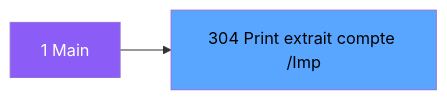
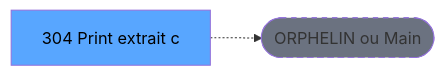
One commit to thonyAGP/lecteur-magic changed the second of 3 diagrams in .openspec/specs/ADH-IDE-304.md. Above: the diagram before and after it, drawn with Mermaid. The commit also changed other lines of this file and 701 other files, not shown here.

````diff
--- a/.openspec/specs/ADH-IDE-304.md
+++ b/.openspec/specs/ADH-IDE-304.md
@@ -116,8 +120,8 @@
 ```mermaid
 graph LR
-    M[1 Main]
-    T[304 Print extrait compte /Imp]
-    M --> T
-    style M fill:#8b5cf6,color:#fff
+    T[304 Print extrait c]
+    ORPHAN([ORPHELIN ou Main])
+    T -.-> ORPHAN
     style T fill:#58a6ff,color:#000
+    style ORPHAN fill:#6b7280,stroke-dasharray: 5 5
 ```
````
